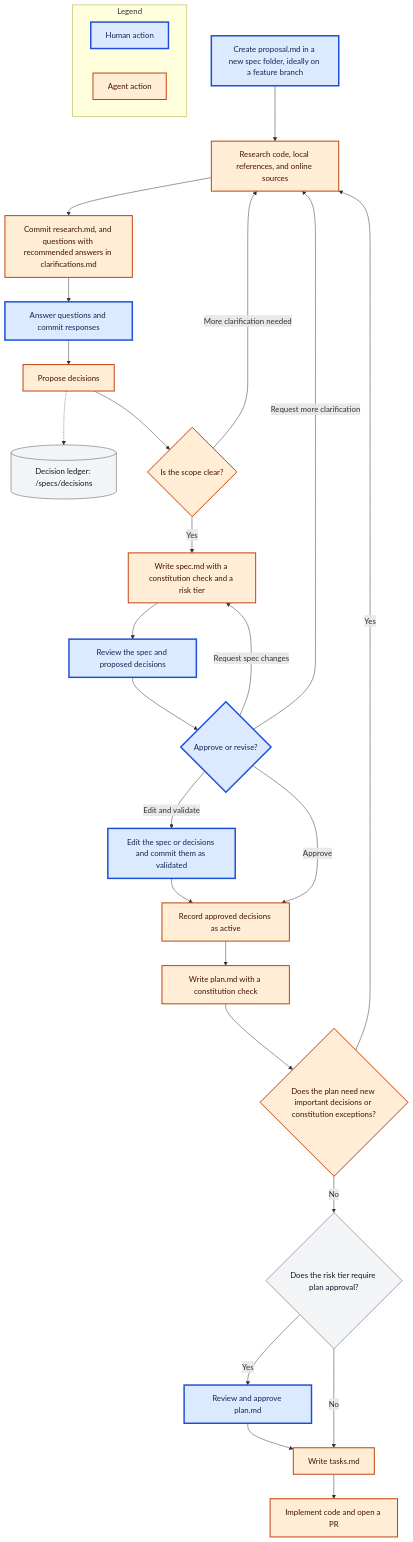
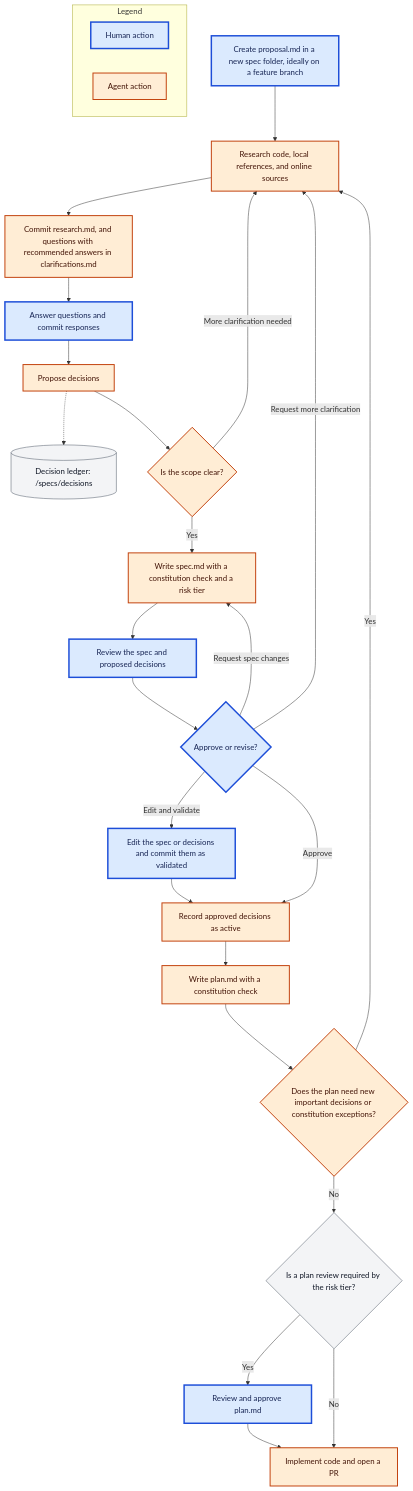
The diagram in README.md (mrtolkien/uraeda), drawn with Mermaid before and after one commit. The commit also changed other lines of this file and 3 other files, not shown here.

````diff
--- a/README.md
+++ b/README.md
@@ -203,40 +277,39 @@
 ```mermaid
 flowchart TD
     subgraph legend["Legend"]
         direction LR
         legendHuman["Human action"]
         legendAgent["Agent action"]
     end
 
     proposal["Create proposal.md in a new spec folder, ideally on a feature branch"]
     proposal --> research["Research code, local references, and online sources"]
     research --> questions["Commit research.md, and questions with recommended answers in clarifications.md"]
     questions --> answers["Answer questions and commit responses"]
     answers --> decisions["Propose decisions"]
     decisions -.-> ledger[("Decision ledger: /specs/decisions")]
     decisions --> scope{"Is the scope clear?"}
     scope -->|More clarification needed| research
     scope -->|Yes| spec["Write spec.md with a constitution check and a risk tier"]
     spec --> review["Review the spec and proposed decisions"]
     review --> validation{"Approve or revise?"}
     validation -->|Request more clarification| research
     validation -->|Request spec changes| spec
     validation -->|Edit and validate| humanEdit["Edit the spec or decisions and commit them as validated"]
     validation -->|Approve| activate["Record approved decisions as active"]
     humanEdit --> activate
     activate --> plan["Write plan.md with a constitution check"]
     plan --> planCheck{"Does the plan need new important decisions or constitution exceptions?"}
     planCheck -->|Yes| research
-    planCheck -->|No| tier{"Does the risk tier require plan approval?"}
+    planCheck -->|No| tier{"Is a plan review required by the risk tier?"}
     tier -->|Yes| planApproval["Review and approve plan.md"]
-    tier -->|No| tasks["Write tasks.md"]
-    planApproval --> tasks
-    tasks --> implementation["Implement code and open a PR"]
+    tier -->|No| implementation["Implement code and open a PR"]
+    planApproval --> implementation
 
     classDef human fill:#dbeafe,stroke:#1d4ed8,color:#172554,stroke-width:3px
     classDef agent fill:#ffedd5,stroke:#c2410c,color:#431407,stroke-width:2px
     classDef neutral fill:#f3f4f6,stroke:#4b5563,color:#111827,stroke-width:1px
     class legendHuman,proposal,answers,review,validation,humanEdit,planApproval human
-    class legendAgent,research,questions,decisions,scope,spec,activate,plan,planCheck,tasks,implementation agent
+    class legendAgent,research,questions,decisions,scope,spec,activate,plan,planCheck,implementation agent
     class legendNeutral,legendBranch,legendStorage,ledger,tier neutral
 ```
````
